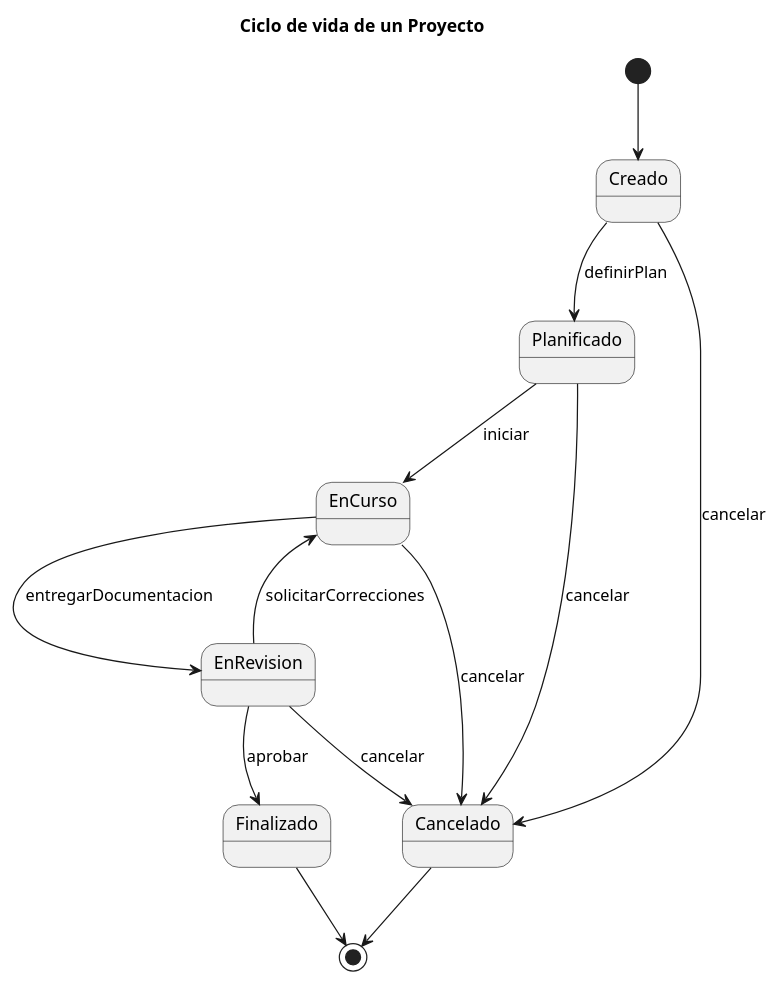
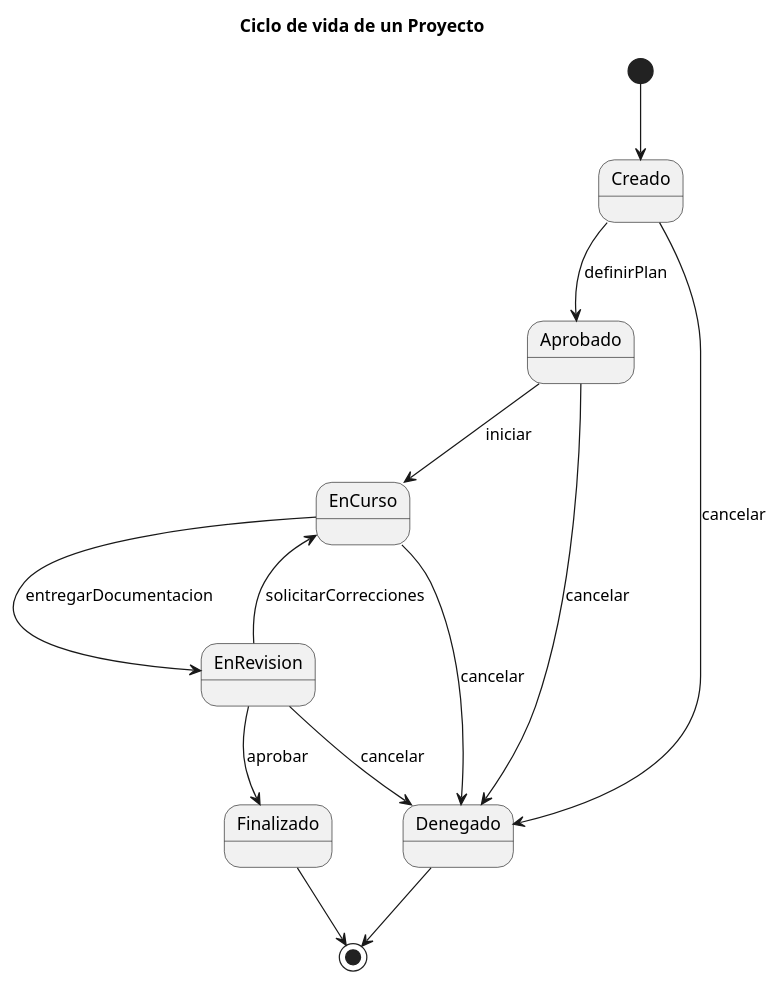
The diagram in documentación/ModeloDelDominio/Diagramas/Estados/DiagramaEstadosProyecto.puml (31Diego/25-26-IdSw1-SdR), drawn with PlantUML before and after one commit. The commit also changed 2 other files, not shown here.

```diff
--- a/documentación/ModeloDelDominio/Diagramas/Estados/DiagramaEstadosProyecto.puml
+++ b/documentación/ModeloDelDominio/Diagramas/Estados/DiagramaEstadosProyecto.puml
@@ -1,20 +1,20 @@
 @startuml EstadoProyecto
 
 title Ciclo de vida de un Proyecto
 
 [*] --> Creado
 
-Creado --> Planificado : definirPlan
-Planificado --> EnCurso : iniciar
+Creado --> Aprobado : definirPlan
+Aprobado --> EnCurso : iniciar
 EnCurso --> EnRevision : entregarDocumentacion
 EnRevision --> EnCurso : solicitarCorrecciones
 EnRevision --> Finalizado : aprobar
-Creado --> Cancelado : cancelar
-Planificado --> Cancelado : cancelar
-EnCurso --> Cancelado : cancelar
-EnRevision --> Cancelado : cancelar
+Creado --> Denegado : cancelar
+Aprobado --> Denegado : cancelar
+EnCurso --> Denegado : cancelar
+EnRevision --> Denegado : cancelar
 
 Finalizado --> [*]
-Cancelado --> [*]
+Denegado --> [*]
 
 @enduml
```
